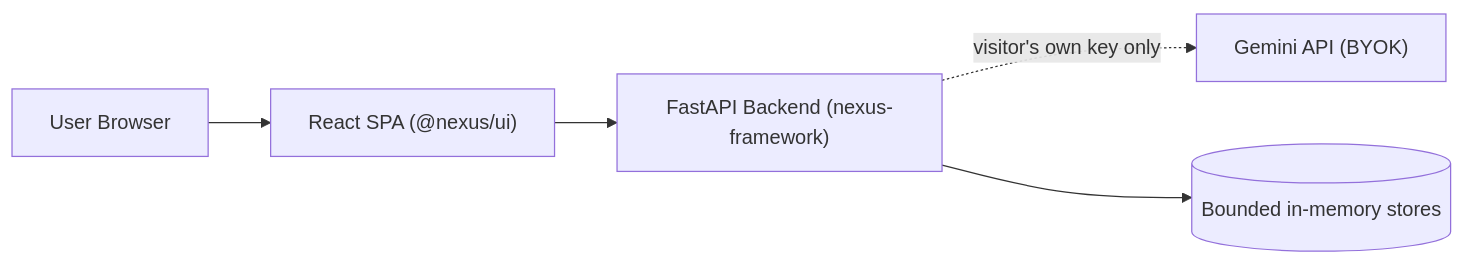
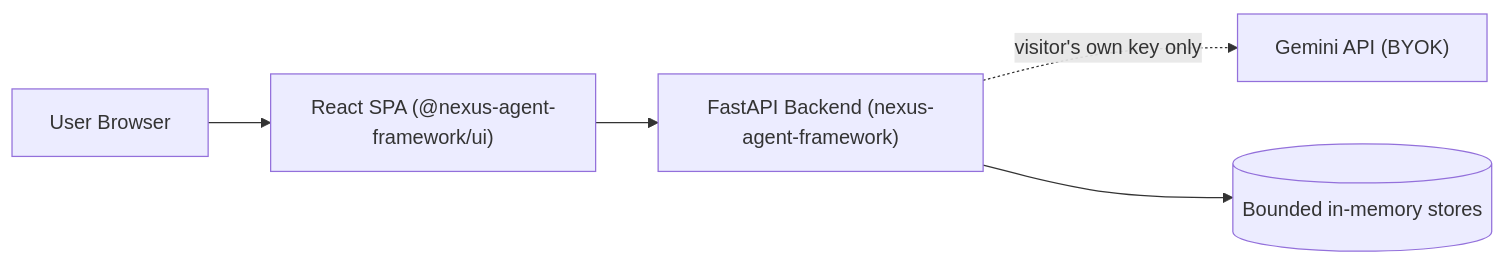
One commit to sabburi1994/nexus changed the diagram in apps/showcase/docs/ARCHITECTURE.md. Above: the diagram before and after it, drawn with Mermaid. The commit also changed other lines of this file and 24 other files, not shown here.

````diff
--- a/apps/showcase/docs/ARCHITECTURE.md
+++ b/apps/showcase/docs/ARCHITECTURE.md
@@ -6,7 +6,7 @@
 ```mermaid
 flowchart LR
-    Browser["User Browser"] --> FE["React SPA (@nexus/ui)"]
-    FE --> BE["FastAPI Backend (nexus-framework)"]
+    Browser["User Browser"] --> FE["React SPA (@nexus-agent-framework/ui)"]
+    FE --> BE["FastAPI Backend (nexus-agent-framework)"]
     BE -. visitor's own key only .-> Gemini["Gemini API (BYOK)"]
     BE --> Mem[("Bounded in-memory stores")]
 ```
````
